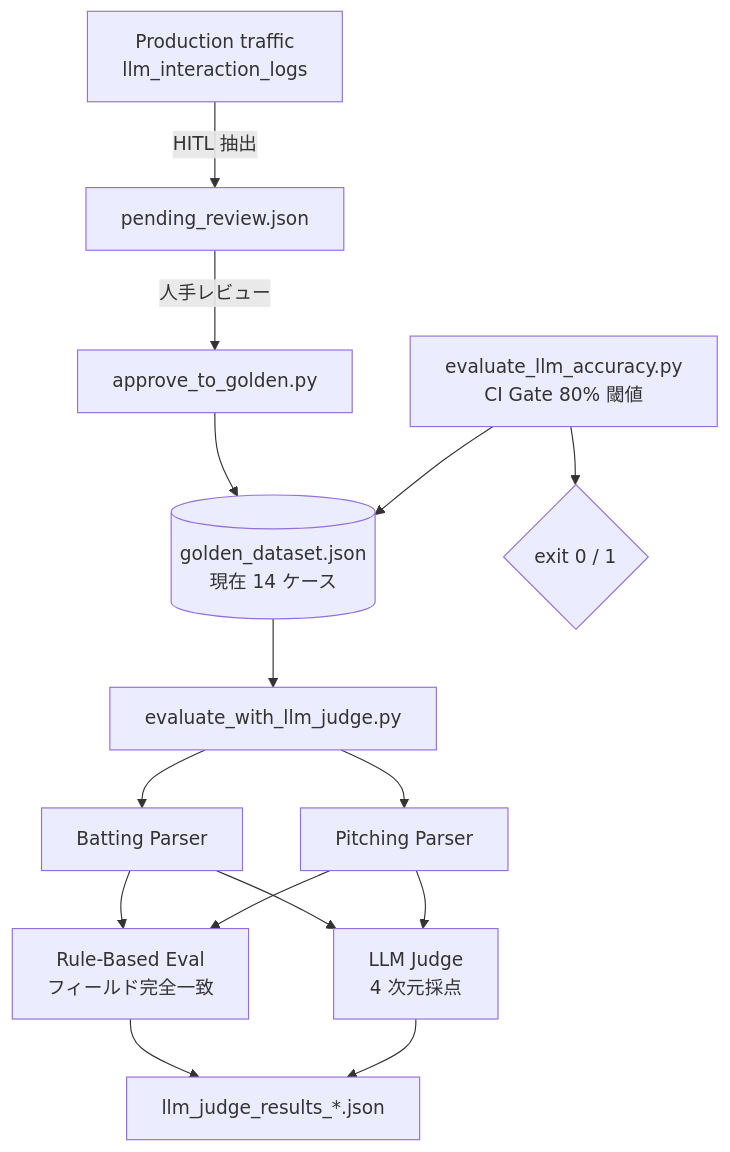
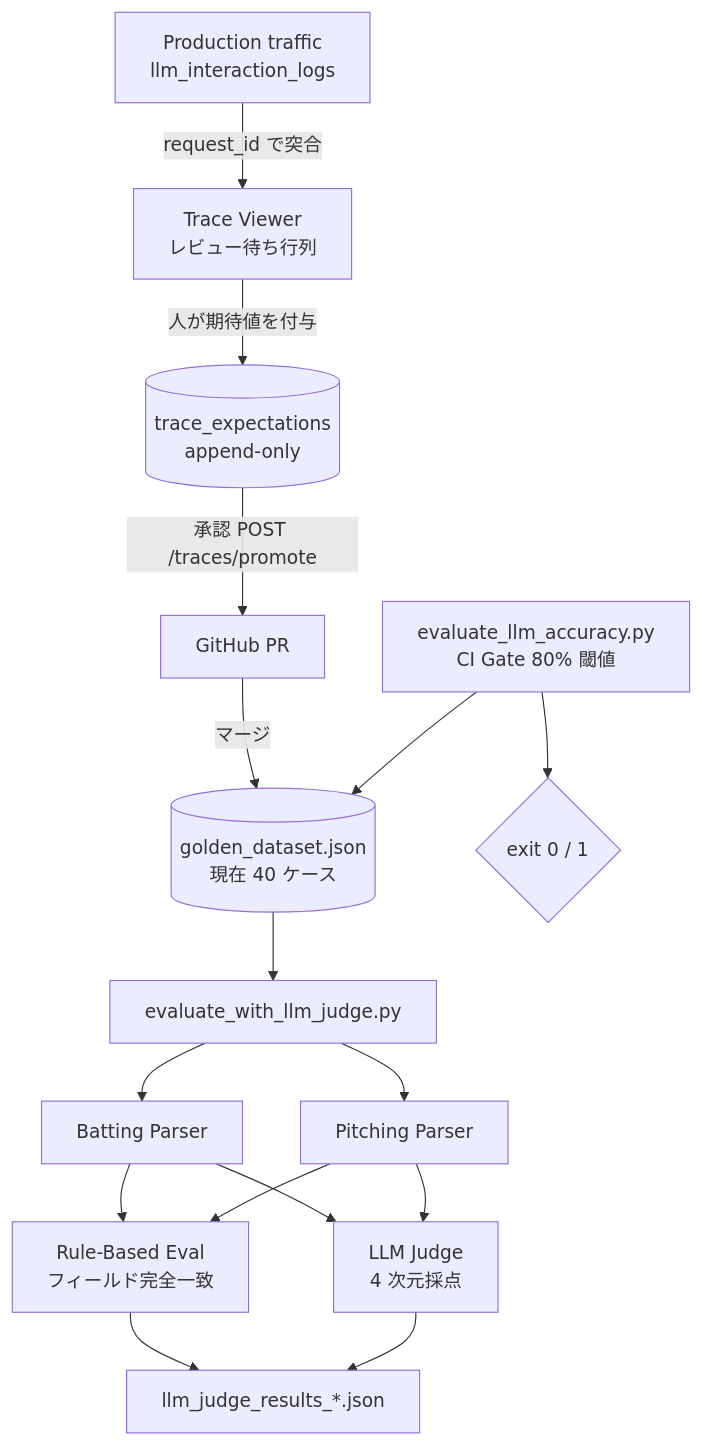
One commit to takeshimx/diamond-lens changed the fifth of 8 diagrams in README_ai_architecture.md. Above: the diagram before and after it, drawn with Mermaid. The commit also changed other lines of this file and 16 other files, not shown here.

First line of the commit message:
feat: automate HITL flywheel from thumbs-down to golden-dataset PR

````diff
--- a/README_ai_architecture.md
+++ b/README_ai_architecture.md
@@ -362,19 +406,20 @@
 ```mermaid
 flowchart TB
-    Prod[Production traffic<br/>llm_interaction_logs] -->|HITL 抽出| Pending[pending_review.json]
-    Pending -->|人手レビュー| Approve[approve_to_golden.py]
-    Approve --> Golden[(golden_dataset.json<br/>現在 14 ケース)]
+    Prod[Production traffic<br/>llm_interaction_logs] -->|request_id で突合| Queue[Trace Viewer<br/>レビュー待ち行列]
+    Queue -->|人が期待値を付与| Exp[(trace_expectations<br/>append-only)]
+    Exp -->|承認 POST /traces/promote| PR[GitHub PR]
+    PR -->|マージ| Golden[(golden_dataset.json<br/>現在 40 ケース)]
 
     Golden --> RunEval[evaluate_with_llm_judge.py]
     RunEval --> Parser1[Batting Parser]
     RunEval --> Parser2[Pitching Parser]
     Parser1 --> Rule[Rule-Based Eval<br/>フィールド完全一致]
     Parser2 --> Rule
     Parser1 --> Judge[LLM Judge<br/>4 次元採点]
     Parser2 --> Judge
     Rule --> Results[llm_judge_results_*.json]
     Judge --> Results
 
     GateScript[evaluate_llm_accuracy.py<br/>CI Gate 80% 閾値] --> Golden
     GateScript --> ExitCode{exit 0 / 1}
 ```
````
